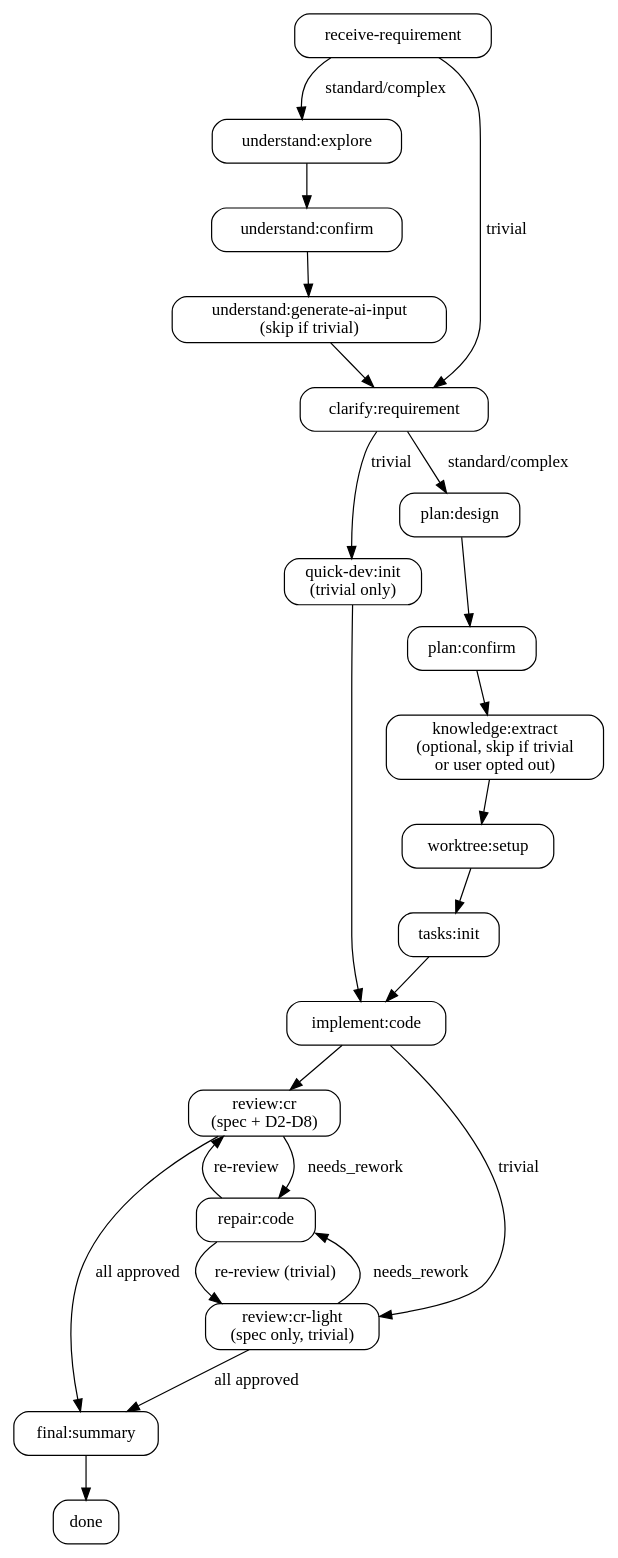
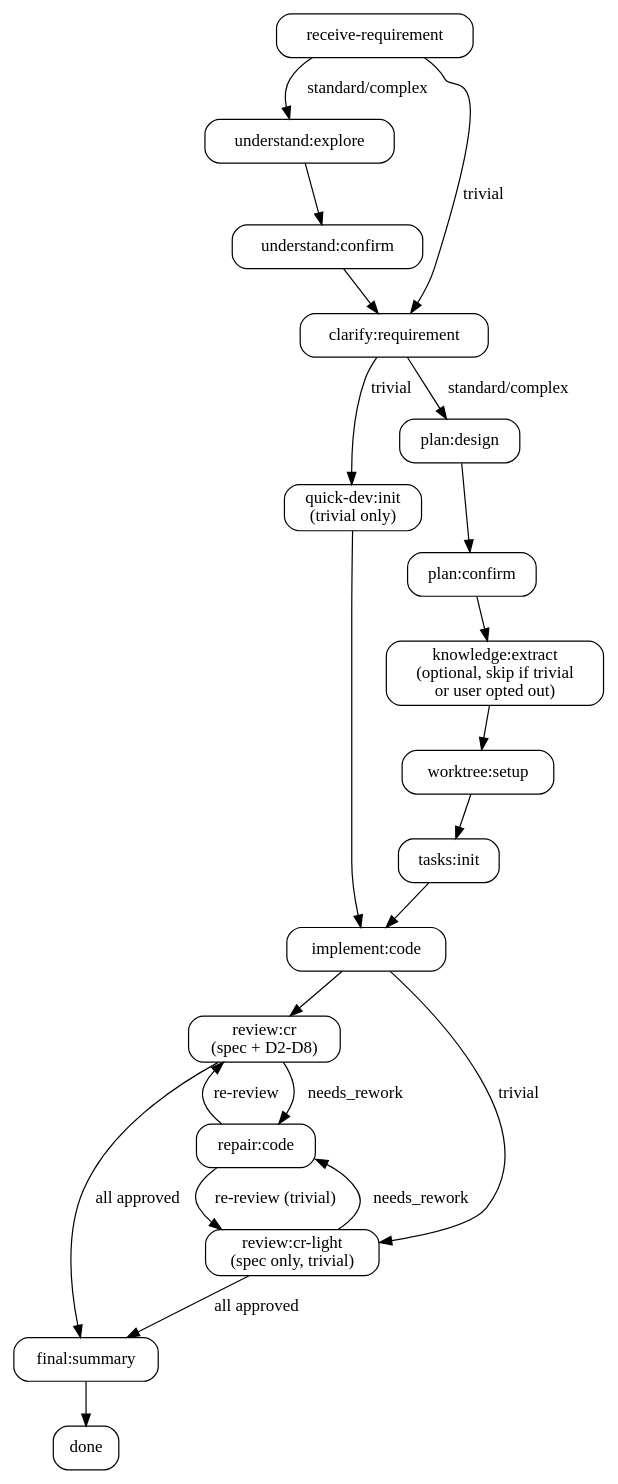
The diagram in skills/chisel/SKILL.md (Jxin-Cai/chisel), drawn with Graphviz before and after one commit. The commit also changed other lines of this file and 18 other files, not shown here.

````diff
--- a/skills/chisel/SKILL.md
+++ b/skills/chisel/SKILL.md
@@ -52,40 +52,39 @@
 ```dot
 digraph chisel_flow {
   rankdir=TB; node [shape=box, style=rounded];
   receive [label="receive-requirement"];
   explore [label="understand:explore"];
   u_confirm [label="understand:confirm"];
-  ai_input [label="understand:generate-ai-input\n(skip if trivial)"];
   clarify [label="clarify:requirement"];
   quickdev [label="quick-dev:init\n(trivial only)"];
   design [label="plan:design"];
   p_confirm [label="plan:confirm"];
   knowledge [label="knowledge:extract\n(optional, skip if trivial\nor user opted out)"];
   worktree [label="worktree:setup"];
   tasks [label="tasks:init"];
   implement [label="implement:code"];
   review [label="review:cr\n(spec + D2-D8)"];
   review_light [label="review:cr-light\n(spec only, trivial)"];
   repair [label="repair:code"];
   final [label="final:summary"];
   done [label="done"];
 
   receive -> explore [label="standard/complex"];
   receive -> clarify [label="trivial"];
-  explore -> u_confirm -> ai_input -> clarify;
+  explore -> u_confirm -> clarify;
   clarify -> quickdev [label="trivial"];
   clarify -> design [label="standard/complex"];
   quickdev -> implement;
   design -> p_confirm -> knowledge;
   knowledge -> worktree -> tasks;
   tasks -> implement -> review;
   implement -> review_light [label="trivial"];
   review -> repair [label="needs_rework"];
   review_light -> repair [label="needs_rework"];
   repair -> review [label="re-review"];
   repair -> review_light [label="re-review (trivial)"];
   review -> final [label="all approved"];
   review_light -> final [label="all approved"];
   final -> done;
 }
 ```
````
